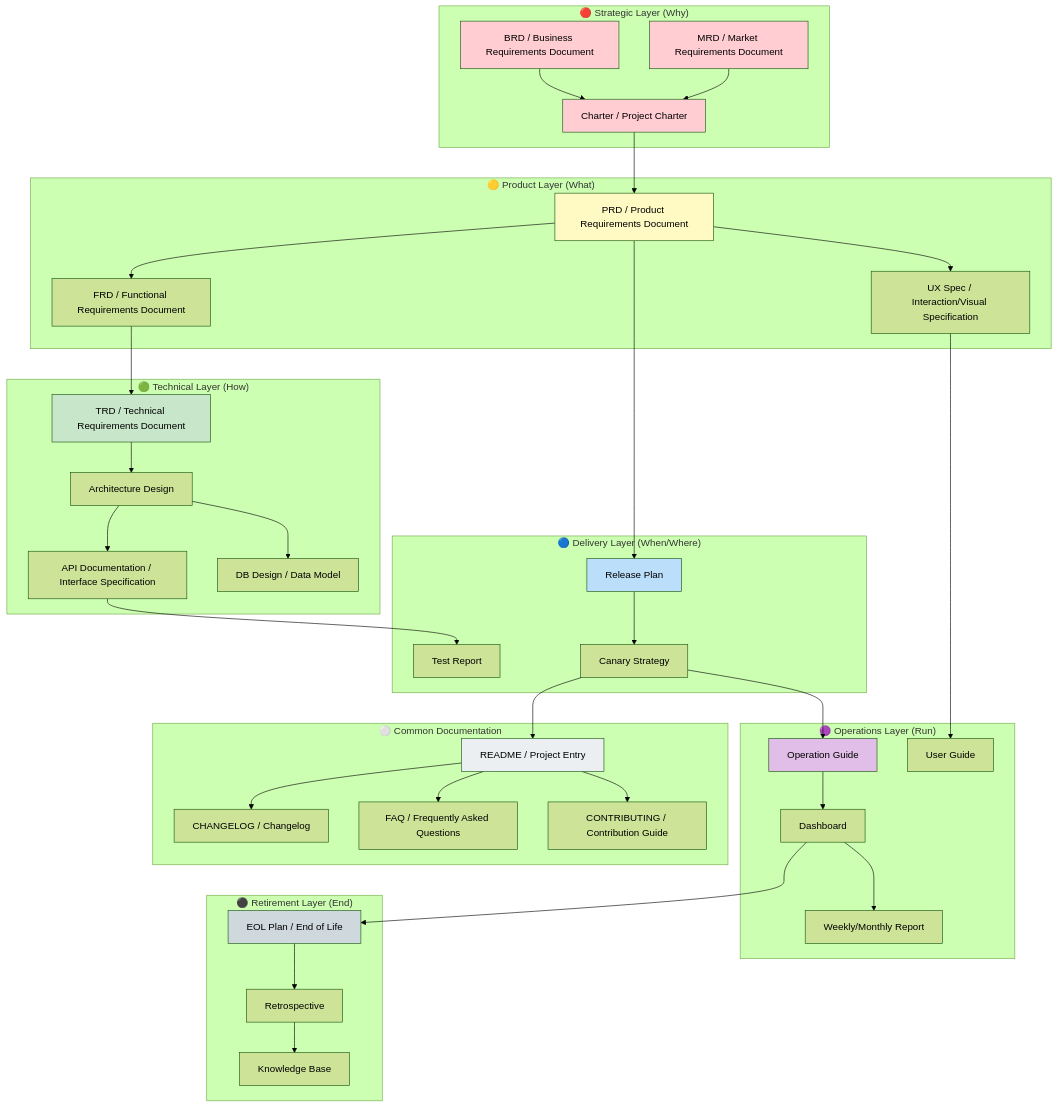
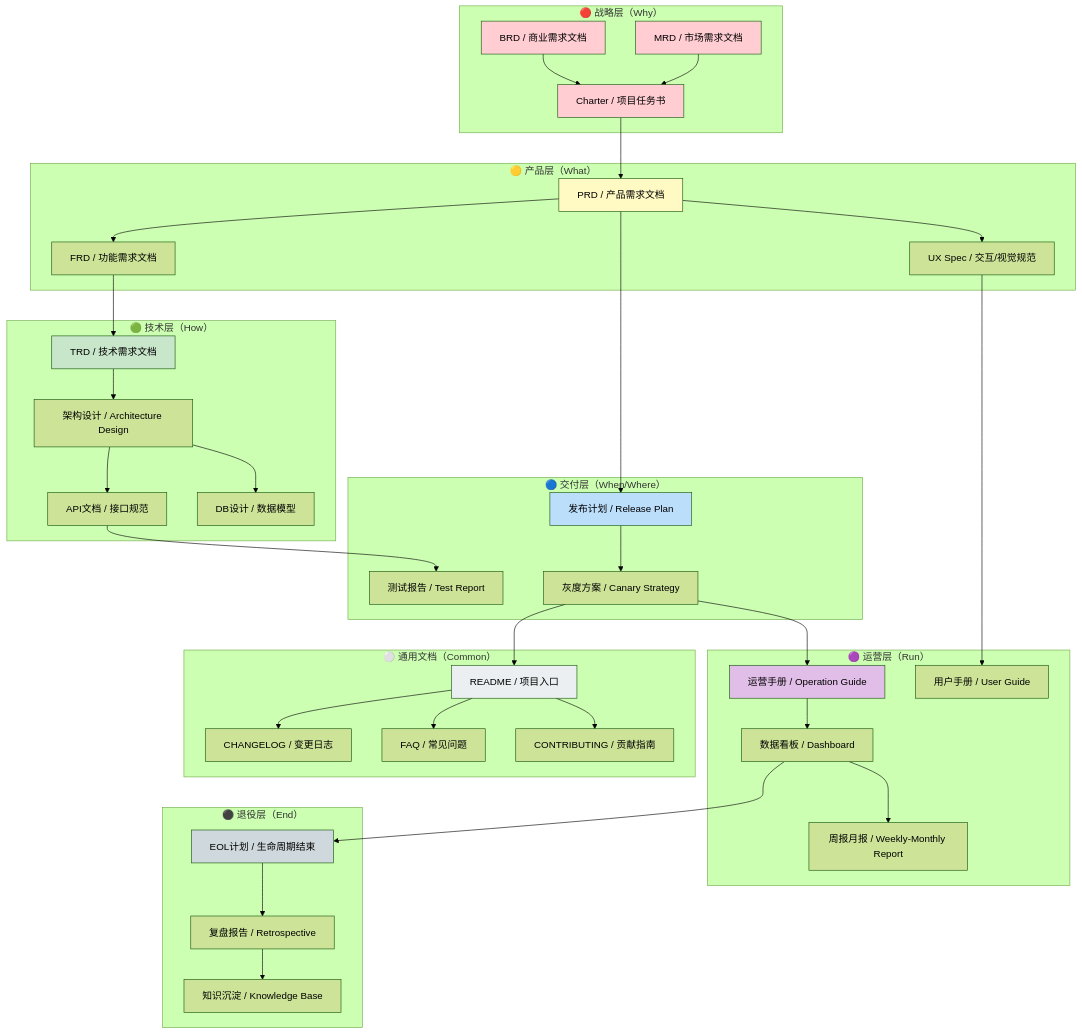
Before and after one commit to Kirky-X/cangjie: the first of 4 diagrams in templates/Product/README.md, drawn with Mermaid (forest theme). The commit also changed other lines of this file and 33 other files, not shown here.

````diff
--- a/templates/Product/README.md
+++ b/templates/Product/README.md
@@ -3,81 +3,81 @@
 ```mermaid
 flowchart TB
-    subgraph strategic["🔴 Strategic Layer (Why)"]
-        A1[BRD / Business Requirements Document]
-        A2[MRD / Market Requirements Document]
-        A3[Charter / Project Charter]
+    subgraph 战略层["🔴 战略层（Why）"]
+        A1[BRD / 商业需求文档]
+        A2[MRD / 市场需求文档]
+        A3[Charter / 项目任务书]
     end
 
-    subgraph product["🟡 Product Layer (What)"]
-        B1[PRD / Product Requirements Document]
-        B2[FRD / Functional Requirements Document]
-        B3[UX Spec / Interaction/Visual Specification]
+    subgraph 产品层["🟡 产品层（What）"]
+        B1[PRD / 产品需求文档]
+        B2[FRD / 功能需求文档]
+        B3[UX Spec / 交互/视觉规范]
     end
 
-    subgraph technical["🟢 Technical Layer (How)"]
-        C1[TRD / Technical Requirements Document]
-        C2[Architecture Design]
-        C3[API Documentation / Interface Specification]
-        C4[DB Design / Data Model]
+    subgraph 技术层["🟢 技术层（How）"]
+        C1[TRD / 技术需求文档]
+        C2[架构设计 / Architecture Design]
+        C3[API文档 / 接口规范]
+        C4[DB设计 / 数据模型]
     end
 
-    subgraph delivery["🔵 Delivery Layer (When/Where)"]
-        D1[Release Plan]
-        D2[Test Report]
-        D3[Canary Strategy]
+    subgraph 交付层["🔵 交付层（When/Where）"]
+        D1[发布计划 / Release Plan]
+        D2[测试报告 / Test Report]
+        D3[灰度方案 / Canary Strategy]
     end
 
-    subgraph operations["🟣 Operations Layer (Run)"]
-        E1[Operation Guide]
-        E2[Dashboard]
-        E3[User Guide]
-        E4[Weekly/Monthly Report]
+    subgraph 运营层["🟣 运营层（Run）"]
+        E1[运营手册 / Operation Guide]
+        E2[数据看板 / Dashboard]
+        E3[用户手册 / User Guide]
+        E4[周报月报 / Weekly-Monthly Report]
     end
 
-    subgraph retirement["⚫ Retirement Layer (End)"]
-        F1[EOL Plan / End of Life]
-        F2[Retrospective]
-        F3[Knowledge Base]
+    subgraph 退役层["⚫ 退役层（End）"]
+        F1[EOL计划 / 生命周期结束]
+        F2[复盘报告 / Retrospective]
+        F3[知识沉淀 / Knowledge Base]
     end
 
-    subgraph common["⚪ Common Documentation"]
-        G1[README / Project Entry]
-        G2[CHANGELOG / Changelog]
-        G3[FAQ / Frequently Asked Questions]
-        G4[CONTRIBUTING / Contribution Guide]
+    subgraph 通用["⚪ 通用文档（Common）"]
+        G1[README / 项目入口]
+        G2[CHANGELOG / 变更日志]
+        G3[FAQ / 常见问题]
+        G4[CONTRIBUTING / 贡献指南]
     end
 
     A1 --> A3
     A2 --> A3
     A3 --> B1
     B1 --> B2
     B1 --> B3
     B2 --> C1
     C1 --> C2
     C2 --> C3
     C2 --> C4
     B1 --> D1
     C3 --> D2
     D1 --> D3
     D3 --> E1
     E1 --> E2
     B3 --> E3
     E2 --> E4
     E2 --> F1
     F1 --> F2
     F2 --> F3
     D3 --> G1
     G1 --> G2
     G1 --> G3
     G1 --> G4
 
     style A1 fill:#ffcdd2
     style A2 fill:#ffcdd2
     style A3 fill:#ffcdd2
     style B1 fill:#fff9c4
     style C1 fill:#c8e6c9
     style D1 fill:#bbdefb
     style E1 fill:#e1bee7
     style F1 fill:#cfd8dc
     style G1 fill:#eceff1
 ```
````
